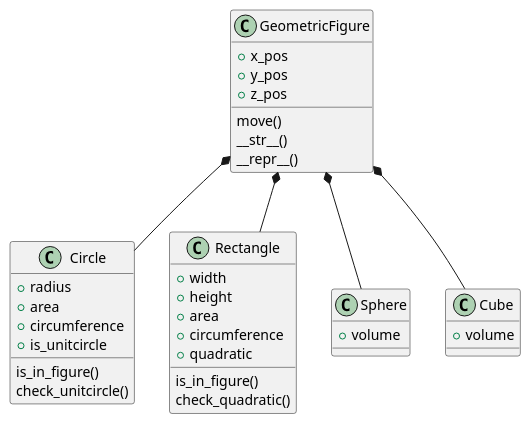
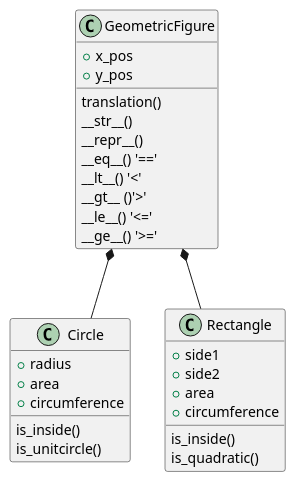
The diagram in Lab3/Lab3_UML.md (dancla240/Python_Daniel_Claesson), drawn with PlantUML before and after one commit. The commit also changed other lines of this file and 1 other file, not shown here.

Commit message:
Updated UML diagram and code.

```diff
--- a/Lab3/Lab3_UML.md
+++ b/Lab3/Lab3_UML.md
@@ -3,43 +3,35 @@
 @startuml
 class GeometricFigure {  
 +x_pos  
 +y_pos  
-+z_pos  
-move()  
+translation()  
 __str__()  
 __repr__()  
+__eq__() '=='
+__lt__() '<'
+__gt__ ()'>'
+__le__() '<='
+__ge__() '>='
 }  
   
 class Circle {  
 +radius  
 +area  
 +circumference  
-+is_unitcircle  
-is_in_figure()  
-check_unitcircle()  
+is_inside()  
+is_unitcircle()  
 }  
   
 class Rectangle {  
-+width  
-+height  
++side1  
++side2  
 +area  
 +circumference  
-+quadratic  
-is_in_figure()  
-check_quadratic()  
+is_inside()  
+is_quadratic()  
 }  
-  
-class Sphere {  
-+volume  
-}  
-  
-class Cube {  
-+volume  
-}  
-  
+    
 GeometricFigure *-- Circle  
 GeometricFigure *-- Rectangle  
-GeometricFigure *-- Sphere  
-GeometricFigure *-- Cube  
   
 @enduml
```
